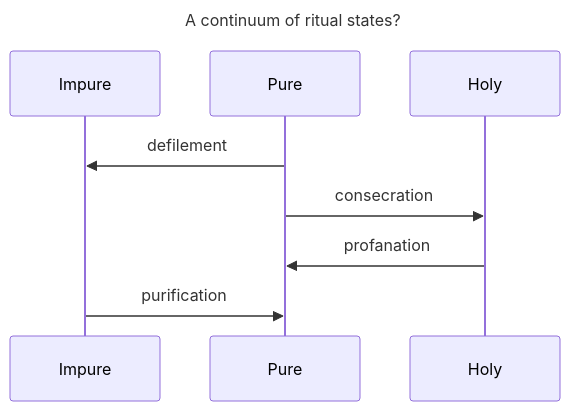
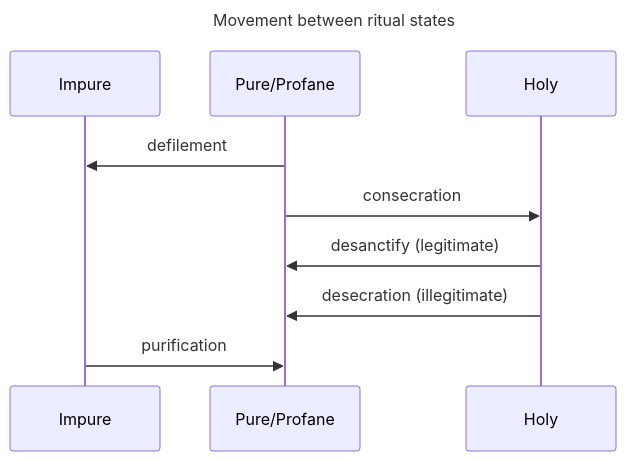
The second of 2 diagrams in slides.md (andrewhwaller/jesus-law-session-3), drawn with Mermaid before and after one commit. The commit also changed other lines of this file, not shown here.

````diff
--- a/slides.md
+++ b/slides.md
@@ -110,11 +109,12 @@
 ```mermaid
 sequenceDiagram
-    title A continuum of ritual states?
+    title Movement between ritual states
     participant Impure
-    participant Pure
+    participant Pure/Profane
     participant Holy
-    Pure->>Impure: defilement
-    Pure->>Holy: consecration
-    Holy->>Pure: profanation
-    Impure->>Pure: purification
+    Pure/Profane->>Impure: defilement
+    Pure/Profane->>Holy: consecration
+    Holy->>Pure/Profane: desanctify (legitimate)
+    Holy->>Pure/Profane: desecration (illegitimate)
+    Impure->>Pure/Profane: purification
 ```
````
